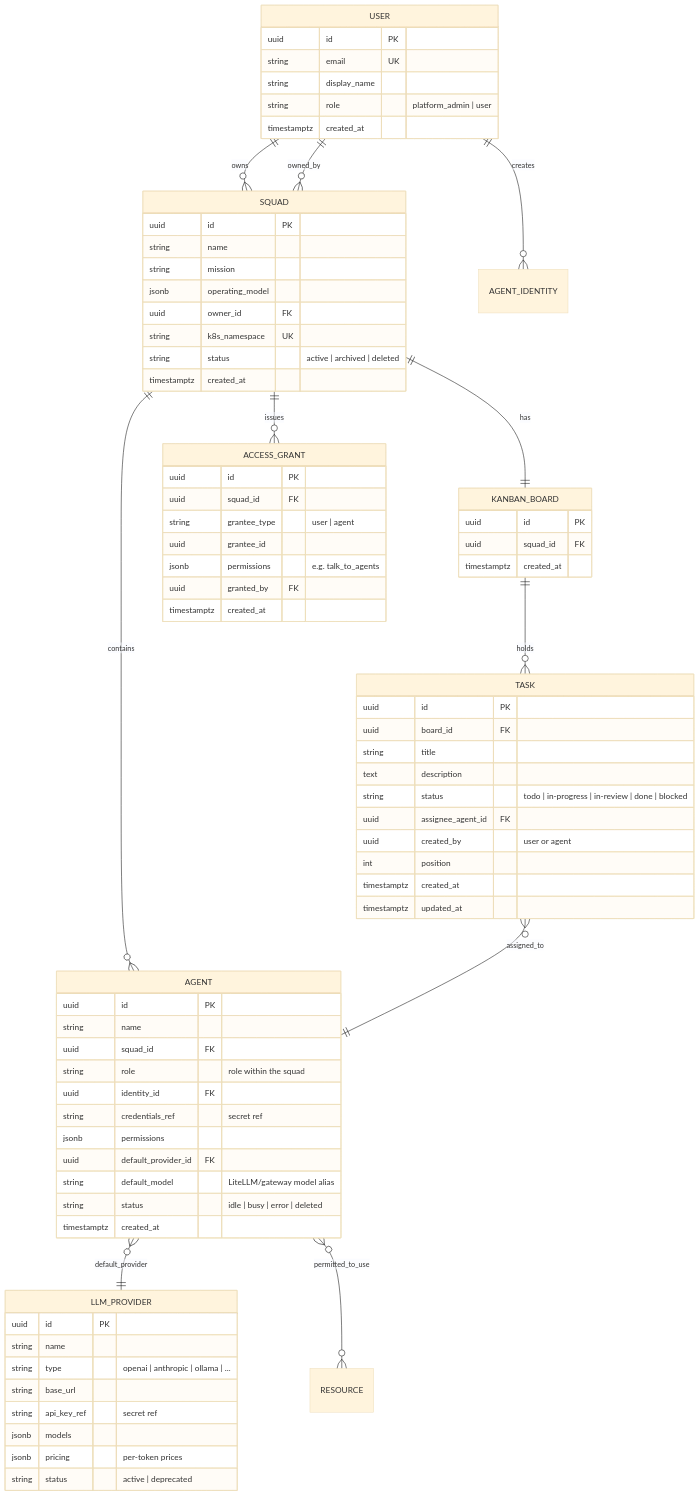
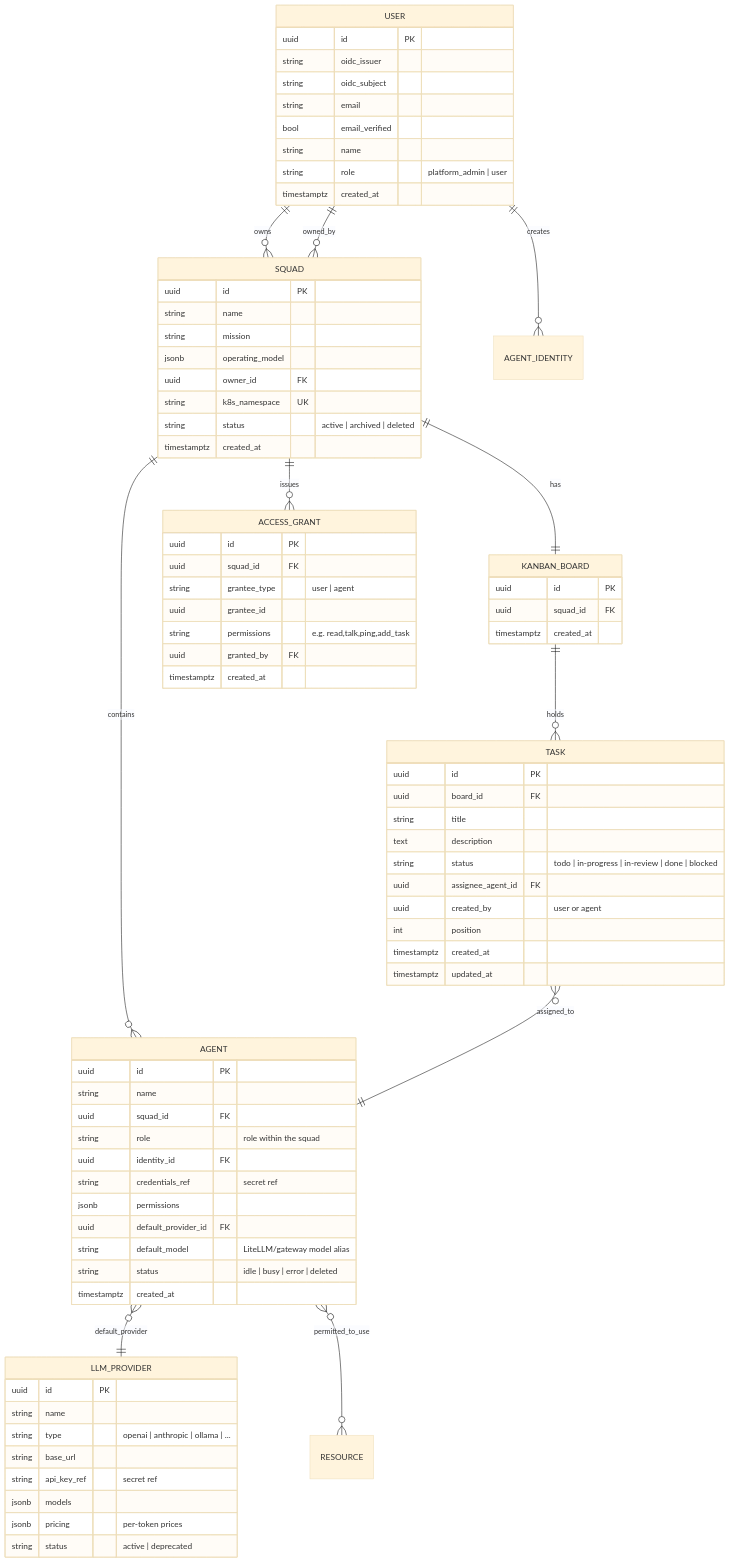
One commit to christianriconalla-ux/skquad changed the diagram in docs/domain-model.md. Above: the diagram before and after it, drawn with Mermaid (base theme). The commit also changed 15 other files, not shown here.

```diff
--- a/docs/domain-model.md
+++ b/docs/domain-model.md
@@ -28,8 +28,11 @@
 
     USER {
         uuid id PK
-        string email UK
-        string display_name
+        string oidc_issuer
+        string oidc_subject
+        string email
+        bool email_verified
+        string name
         string role "platform_admin | user"
         timestamptz created_at
     }
@@ -88,7 +91,7 @@
         uuid squad_id FK
         string grantee_type "user | agent"
         uuid grantee_id
-        jsonb permissions "e.g. talk_to_agents"
+        string permissions "e.g. read,talk,ping,add_task"
         uuid granted_by FK
         timestamptz created_at
     }
```
